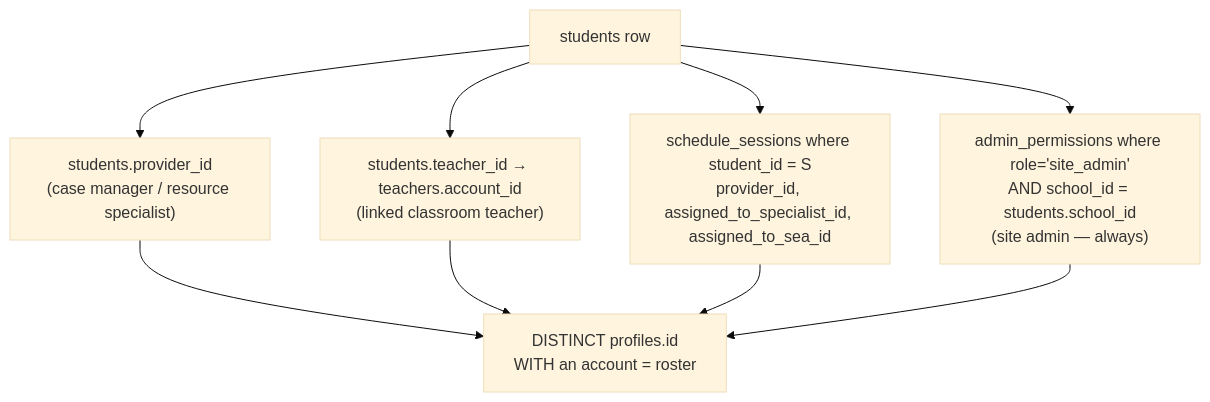
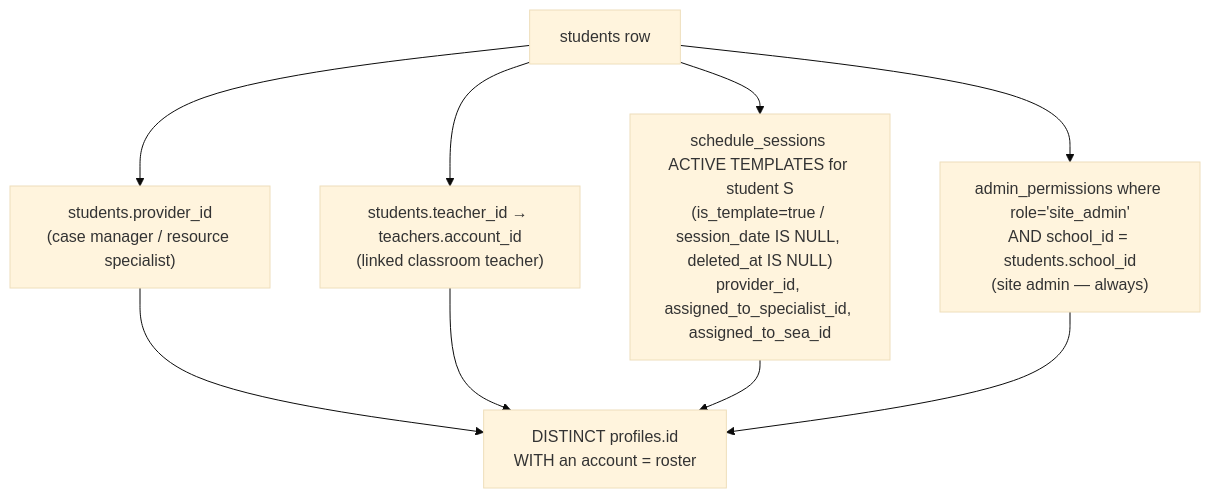
The first of 2 diagrams in docs/CHAT_MODULE_DESIGN.md (bstewart2255/speddy), drawn with Mermaid (base theme) before and after one commit. The commit also changed other lines of this file, not shown here.

First line of the commit message:
docs: narrow student-chat roster to active session templates

````diff
--- a/docs/CHAT_MODULE_DESIGN.md
+++ b/docs/CHAT_MODULE_DESIGN.md
@@ -110,11 +110,11 @@
 ```mermaid
 flowchart TD
     S["students row"] --> P1["students.provider_id<br/>(case manager / resource specialist)"]
     S --> P2["students.teacher_id → teachers.account_id<br/>(linked classroom teacher)"]
-    S --> P3["schedule_sessions where student_id = S<br/>provider_id, assigned_to_specialist_id, assigned_to_sea_id"]
+    S --> P3["schedule_sessions ACTIVE TEMPLATES for student S<br/>(is_template=true / session_date IS NULL, deleted_at IS NULL)<br/>provider_id, assigned_to_specialist_id, assigned_to_sea_id"]
     S --> P4["admin_permissions where role='site_admin'<br/>AND school_id = students.school_id<br/>(site admin — always)"]
     P1 --> U["DISTINCT profiles.id<br/>WITH an account = roster"]
     P2 --> U
     P3 --> U
     P4 --> U
 ```
````
